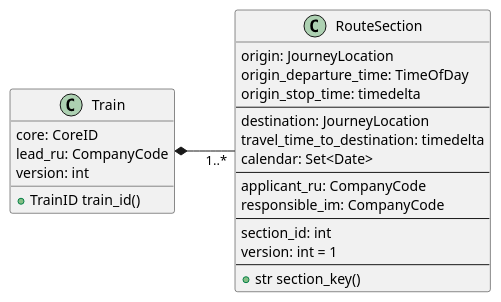
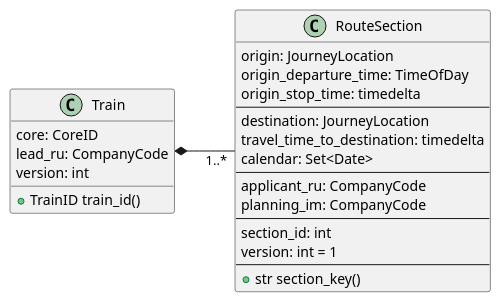
The diagram in docs/uml/tom-section.puml (monora/tom), drawn with PlantUML before and after one commit. The commit also changed 3 other files, not shown here.

```diff
--- a/docs/uml/tom-section.puml
+++ b/docs/uml/tom-section.puml
@@ -1,29 +1,29 @@
 left to right direction
 
 class Train {
     core: CoreID
     lead_ru: CompanyCode
     version: int
 
     +TrainID train_id()
 }
 
 class RouteSection {
     origin: JourneyLocation
     origin_departure_time: TimeOfDay
     origin_stop_time: timedelta
     ---
     destination: JourneyLocation
     travel_time_to_destination: timedelta
     calendar: Set<Date>
     ---
     applicant_ru: CompanyCode
-    responsible_im: CompanyCode
+    planning_im: CompanyCode
     ---
     section_id: int
     version: int = 1
     ---
     + str section_key()
 }
 
 Train *-- "1..*" RouteSection
```
